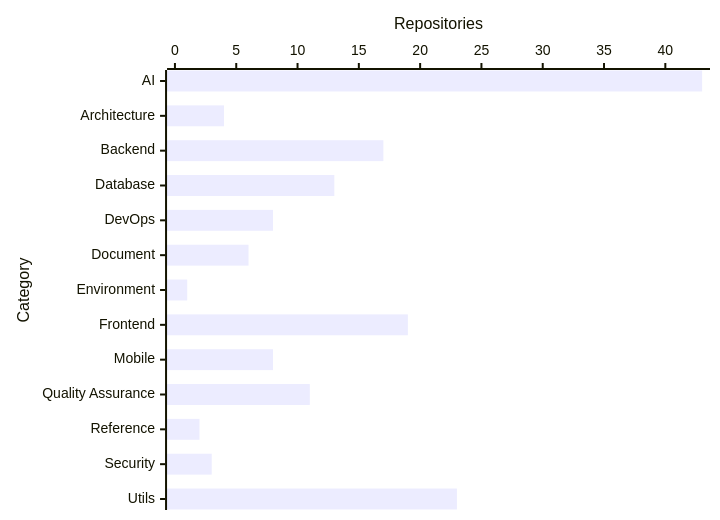
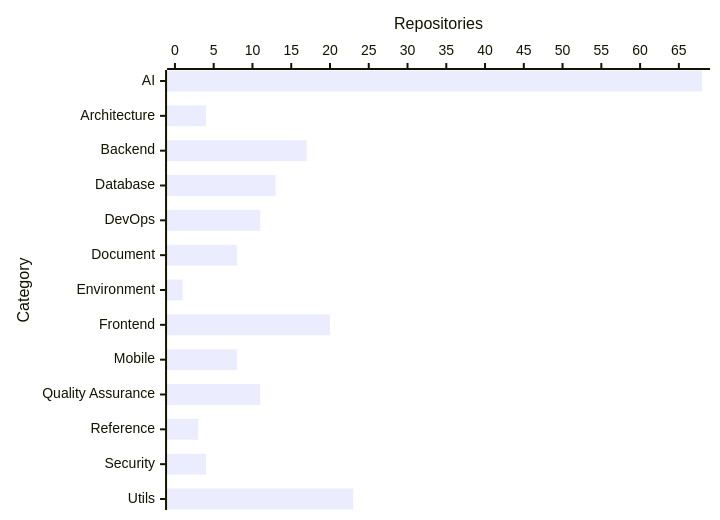
One commit to prawee/resource changed the diagram in README.md. Above: the diagram before and after it, drawn with Mermaid. The commit also changed other lines of this file and 23 other files, not shown here.

````diff
--- a/README.md
+++ b/README.md
@@ -11,6 +11,6 @@
 ```mermaid
 xychart-beta horizontal
     x-axis "Category" ["AI", "Architecture", "Backend", "Database", "DevOps", "Document", "Environment", "Frontend", "Mobile", "Quality Assurance", "Reference", "Security", "Utils"]
-    y-axis "Repositories" 0 --> 43
-    bar [43, 4, 17, 13, 8, 6, 1, 19, 8, 11, 2, 3, 23]
+    y-axis "Repositories" 0 --> 68
+    bar [68, 4, 17, 13, 11, 8, 1, 20, 8, 11, 3, 4, 23]
 ```
````
